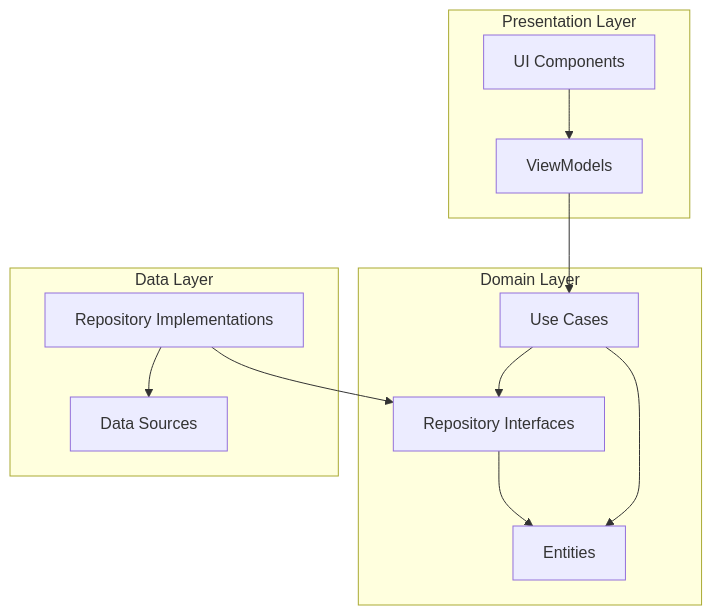
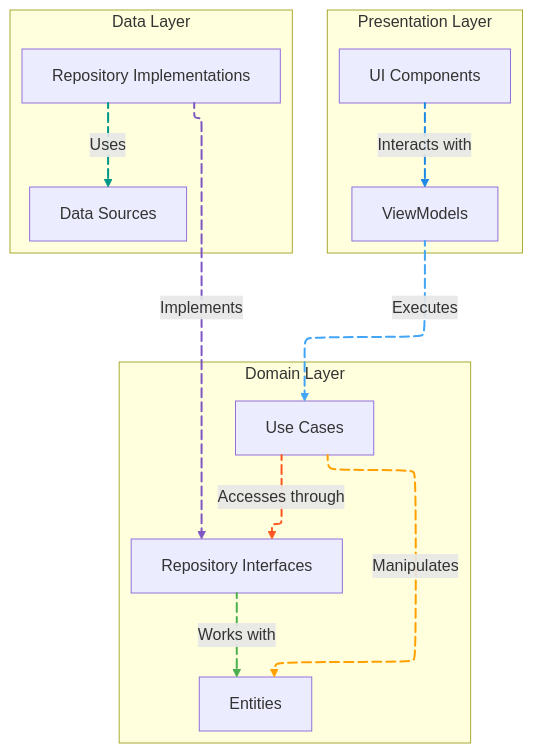
Before and after one commit to GeniusSystems24/genius_store: the diagram in lib/domain/README.md, drawn with Mermaid. The commit also changed 60 other files, not shown here.

Commit message:
- add animations to diagrams.

````diff
--- a/lib/domain/README.md
+++ b/lib/domain/README.md
@@ -31,26 +31,48 @@
 ```mermaid
+---
+config:
+  look: classic
+  layout: elk
+---
 flowchart TD
     subgraph Presentation Layer
         UI[UI Components]
         ViewModel[ViewModels]
     end
     
     subgraph Domain Layer
         Entities[Entities]
         Repositories[Repository Interfaces]
         UseCases[Use Cases]
     end
     
     subgraph Data Layer
         RepoImpls[Repository Implementations]
         DataSources[Data Sources]
     end
     
-    UI --> ViewModel
-    ViewModel --> UseCases
-    UseCases --> Entities
-    UseCases --> Repositories
-    Repositories --> Entities
-    RepoImpls --> Repositories
-    RepoImpls --> DataSources
+    UI L_UI_ViewModel_0@--> |Interacts with| ViewModel
+    ViewModel L_ViewModel_UseCases_0@--> |Executes| UseCases
+    UseCases L_UseCases_Entities_0@--> |Manipulates| Entities
+    UseCases L_UseCases_Repositories_0@--> |Accesses through| Repositories
+    Repositories L_Repositories_Entities_0@--> |Works with| Entities
+    RepoImpls L_RepoImpls_Repositories_0@--> |Implements| Repositories
+    RepoImpls L_RepoImpls_DataSources_0@--> |Uses| DataSources
+    
+    linkStyle 0 stroke:#1E88E5,fill:none,stroke-width:2px
+    linkStyle 1 stroke:#42A5F5,fill:none,stroke-width:2px
+    linkStyle 2 stroke:#FFA000,fill:none,stroke-width:2px
+    linkStyle 3 stroke:#FF5722,fill:none,stroke-width:2px
+    linkStyle 4 stroke:#4CAF50,fill:none,stroke-width:2px
+    linkStyle 5 stroke:#7E57C2,fill:none,stroke-width:2px
+    linkStyle 6 stroke:#009688,fill:none,stroke-width:2px
+    
+    L_UI_ViewModel_0@{ animation: fast }
+    L_ViewModel_UseCases_0@{ animation: fast } 
+    L_UseCases_Entities_0@{ animation: fast } 
+    L_UseCases_Repositories_0@{ animation: fast }
+    L_Repositories_Entities_0@{ animation: fast }
+    L_RepoImpls_Repositories_0@{ animation: fast }
+    L_RepoImpls_DataSources_0@{ animation: fast }
+    
 ```
````
